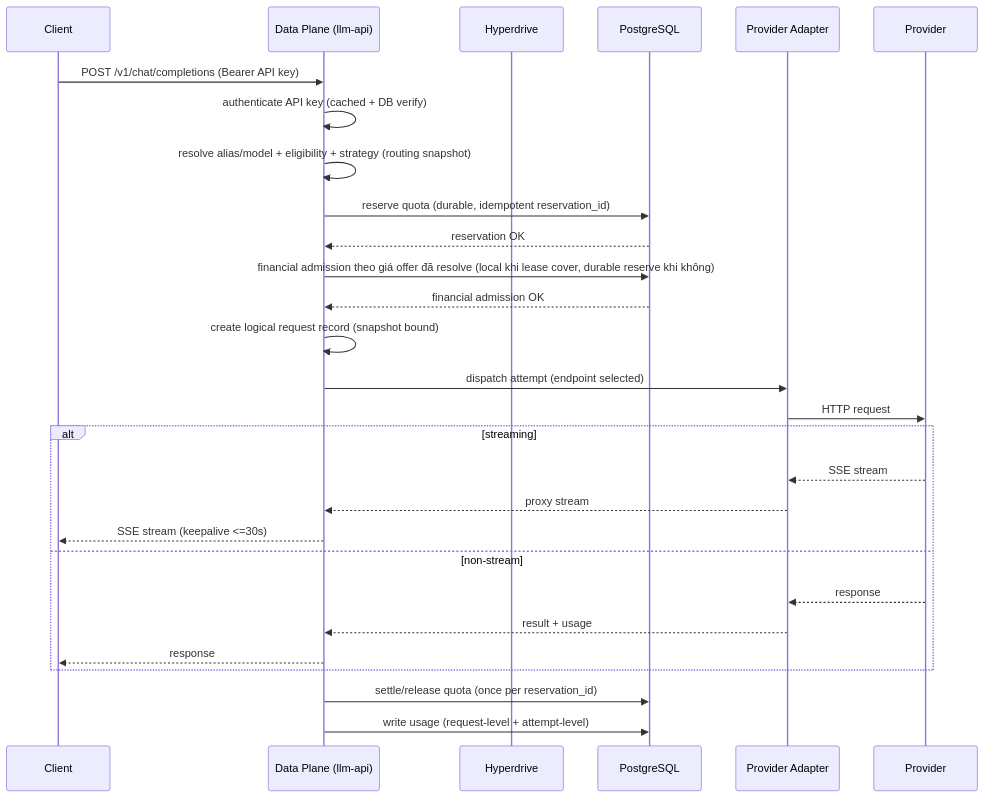
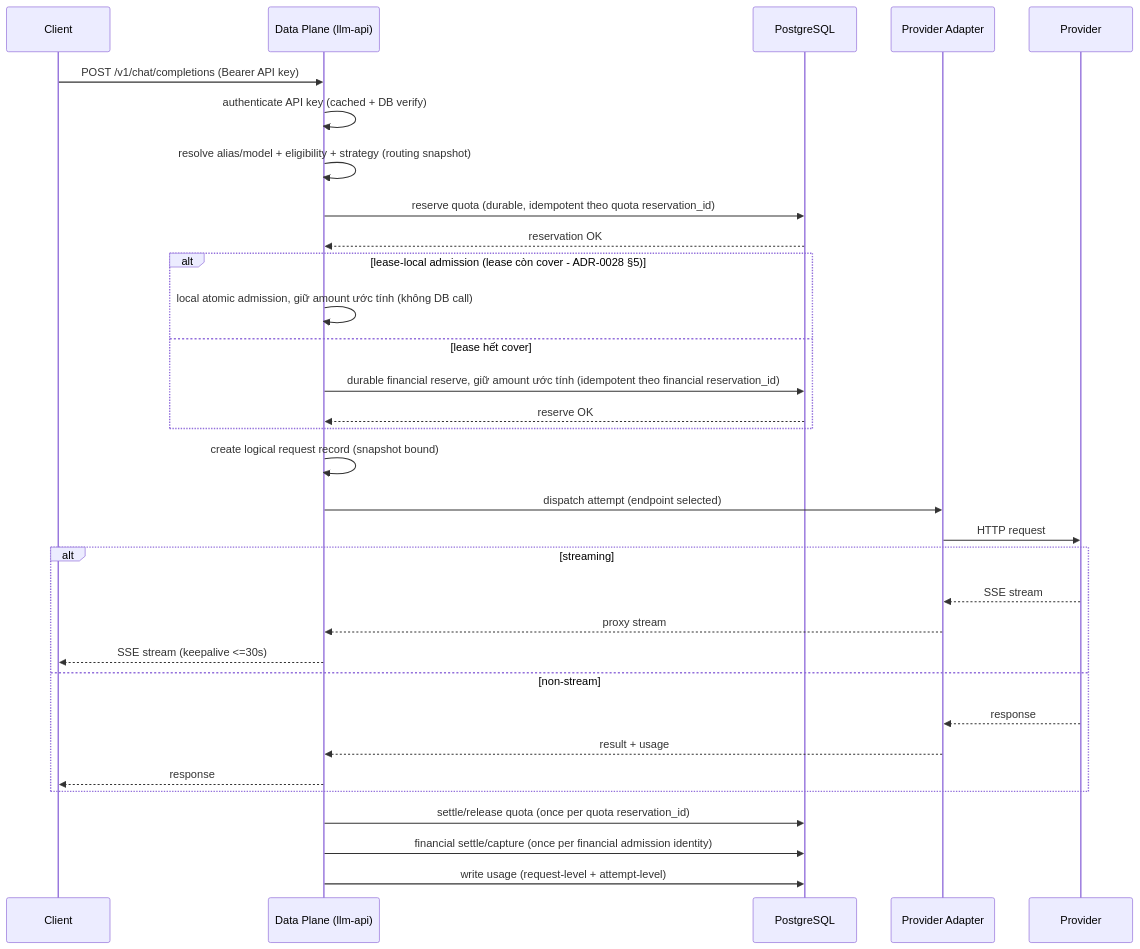
One commit to ecoma-io/ecoma changed the first of 7 diagrams in docs/applications/llm-api/01-architecture.md. Above: the diagram before and after it, drawn with Mermaid. The commit also changed other lines of this file and 18 other files, not shown here.

First line of the commit message:
docs: resolve adversarial review findings on internal sponsorship financial model

````diff
--- a/docs/applications/llm-api/01-architecture.md
+++ b/docs/applications/llm-api/01-architecture.md
@@ -67,31 +67,35 @@
 ```mermaid
 sequenceDiagram
   participant C as Client
   participant DP as Data Plane (llm-api)
-  participant HD as Hyperdrive
   participant PG as PostgreSQL
   participant PA as Provider Adapter
   participant P as Provider
 
   C->>DP: POST /v1/chat/completions (Bearer API key)
   DP->>DP: authenticate API key (cached + DB verify)
   DP->>DP: resolve alias/model + eligibility + strategy (routing snapshot)
-  DP->>PG: reserve quota (durable, idempotent reservation_id)
+  DP->>PG: reserve quota (durable, idempotent theo quota reservation_id)
   PG-->>DP: reservation OK
-  DP->>PG: financial admission theo giá offer đã resolve (local khi lease cover, durable reserve khi không)
-  PG-->>DP: financial admission OK
+  alt lease-local admission (lease còn cover - ADR-0028 §5)
+    DP->>DP: local atomic admission, giữ amount ước tính (không DB call)
+  else lease hết cover
+    DP->>PG: durable financial reserve, giữ amount ước tính (idempotent theo financial reservation_id)
+    PG-->>DP: reserve OK
+  end
   DP->>DP: create logical request record (snapshot bound)
   DP->>PA: dispatch attempt (endpoint selected)
   PA->>P: HTTP request
   alt streaming
     P-->>PA: SSE stream
     PA-->>DP: proxy stream
     DP-->>C: SSE stream (keepalive <=30s)
   else non-stream
     P-->>PA: response
     PA-->>DP: result + usage
     DP-->>C: response
   end
-  DP->>PG: settle/release quota (once per reservation_id)
+  DP->>PG: settle/release quota (once per quota reservation_id)
+  DP->>PG: financial settle/capture (once per financial admission identity)
   DP->>PG: write usage (request-level + attempt-level)
 ```
````
